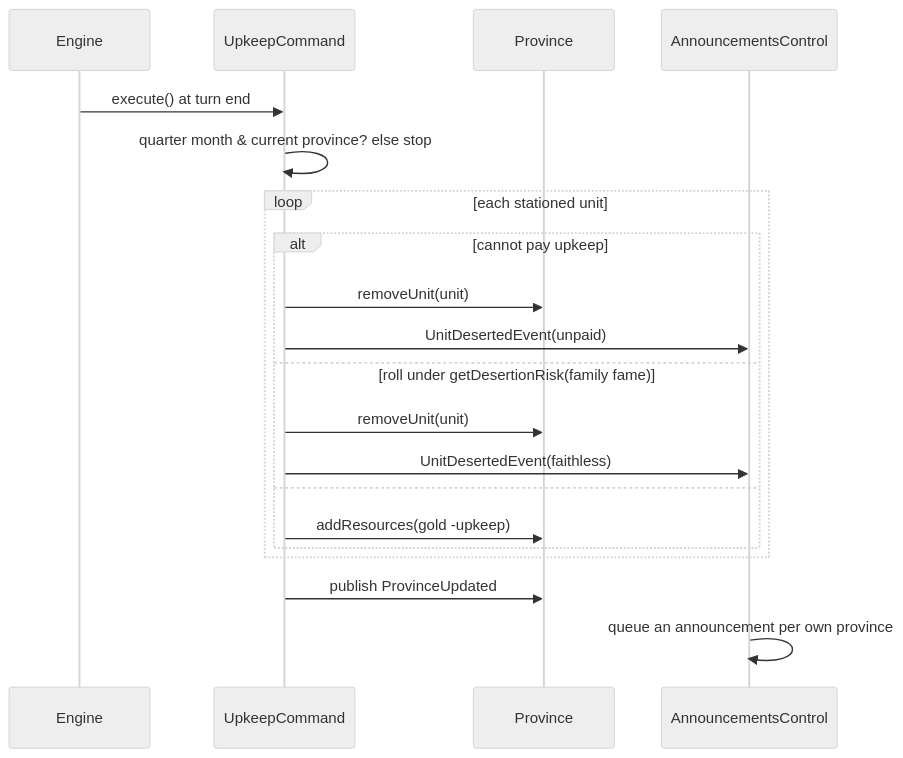
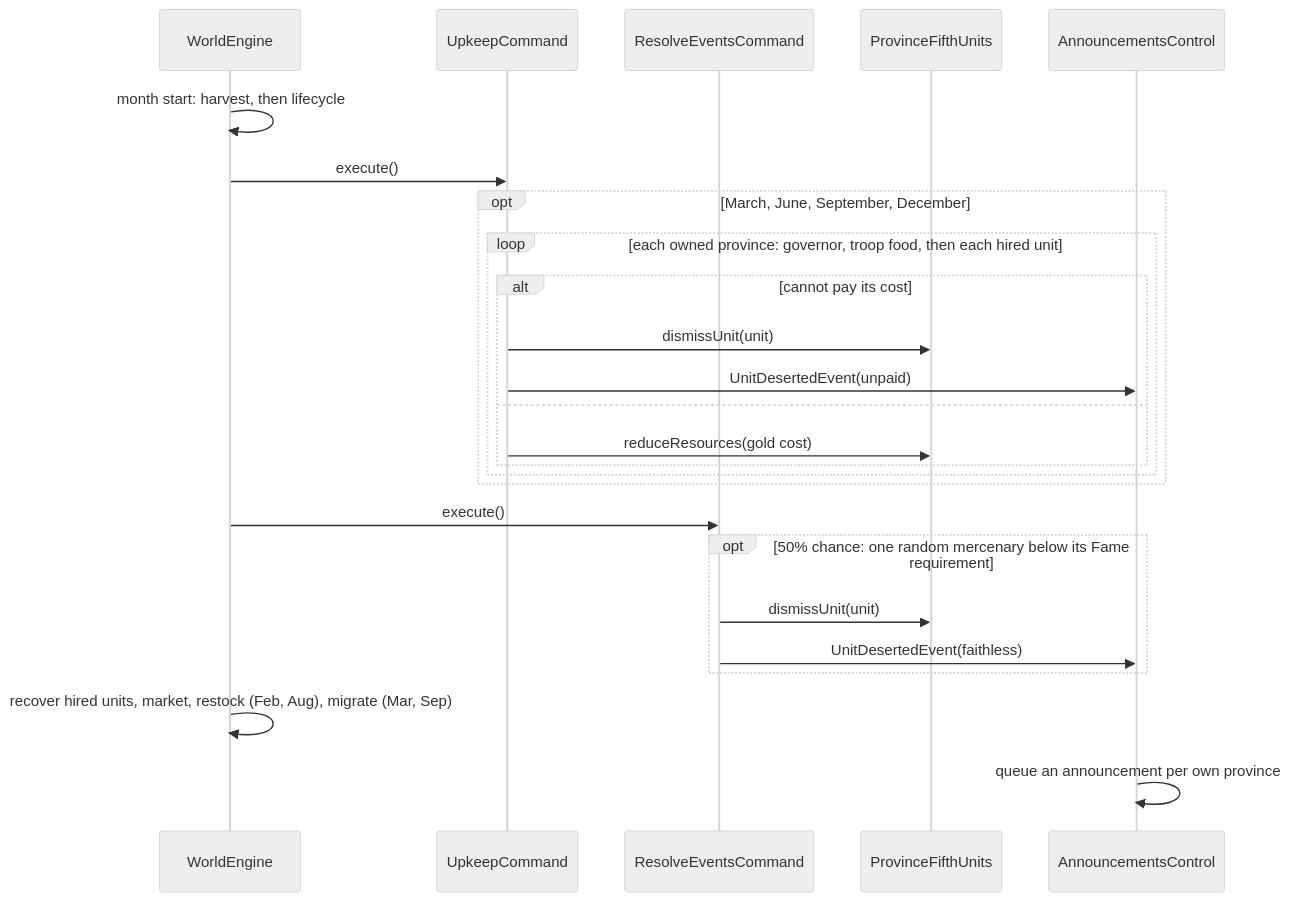
Before and after one commit to pslotinsky/kunstkamera: the fourth of 4 diagrams in gemstorm/docs/design/06-fifth-units.md, drawn with Mermaid (neutral theme). The commit also changed other lines of this file and 19 other files, not shown here.

````diff
--- a/gemstorm/docs/design/06-fifth-units.md
+++ b/gemstorm/docs/design/06-fifth-units.md
@@ -186,22 +222,27 @@
 ```mermaid
 sequenceDiagram
-  participant Engine
+  participant Engine as WorldEngine
   participant Up as UpkeepCommand
-  participant Prov as Province
+  participant Ev as ResolveEventsCommand
+  participant Units as ProvinceFifthUnits
   participant UI as AnnouncementsControl
-  Engine->>Up: execute() at turn end
-  Up->>Up: quarter month & current province? else stop
-  loop each stationed unit
-    alt cannot pay upkeep
-      Up->>Prov: removeUnit(unit)
-      Up->>UI: UnitDesertedEvent(unpaid)
-    else roll under getDesertionRisk(family fame)
-      Up->>Prov: removeUnit(unit)
-      Up->>UI: UnitDesertedEvent(faithless)
-    else
-      Up->>Prov: addResources(gold -upkeep)
+  Engine->>Engine: month start: harvest, then lifecycle
+  Engine->>Up: execute()
+  opt March, June, September, December
+    loop each owned province: governor, troop food, then each hired unit
+      alt cannot pay its cost
+        Up->>Units: dismissUnit(unit)
+        Up->>UI: UnitDesertedEvent(unpaid)
+      else
+        Up->>Units: reduceResources(gold cost)
+      end
     end
   end
-  Up->>Prov: publish ProvinceUpdated
+  Engine->>Ev: execute()
+  opt 50% chance: one random mercenary below its Fame requirement
+    Ev->>Units: dismissUnit(unit)
+    Ev->>UI: UnitDesertedEvent(faithless)
+  end
+  Engine->>Engine: recover hired units, market, restock (Feb, Aug), migrate (Mar, Sep)
   UI->>UI: queue an announcement per own province
 ```
````
